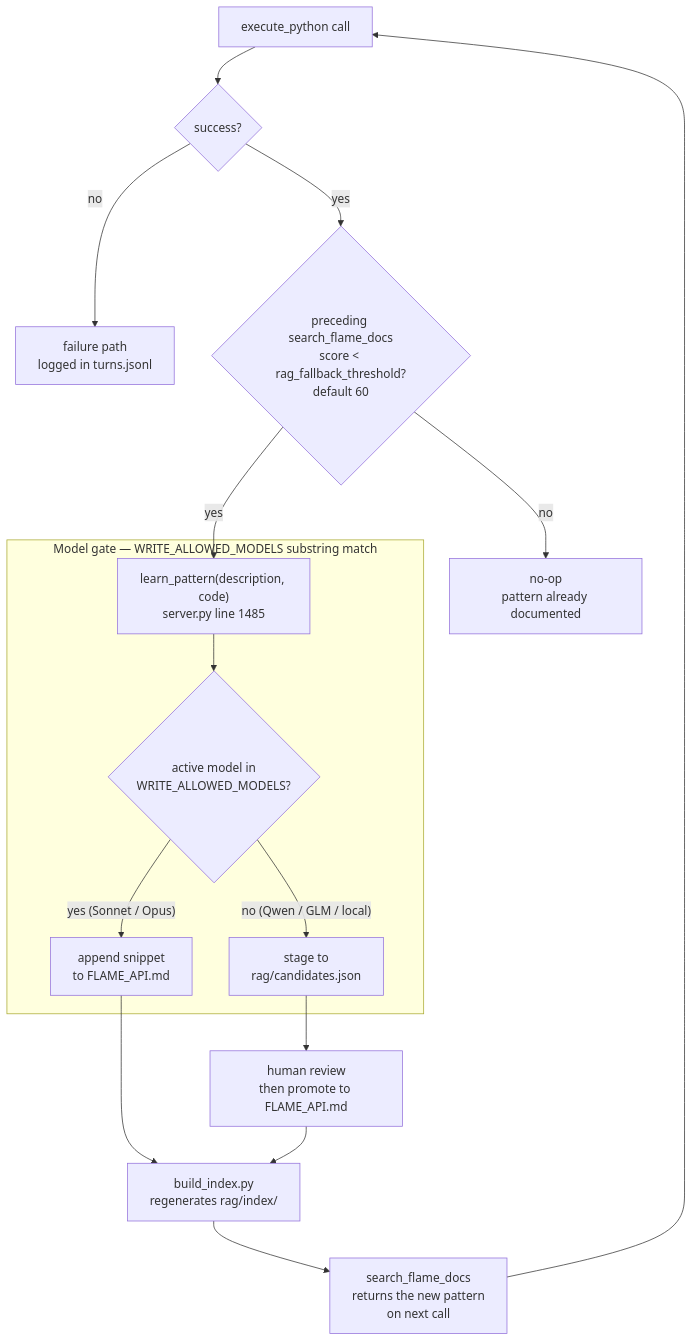
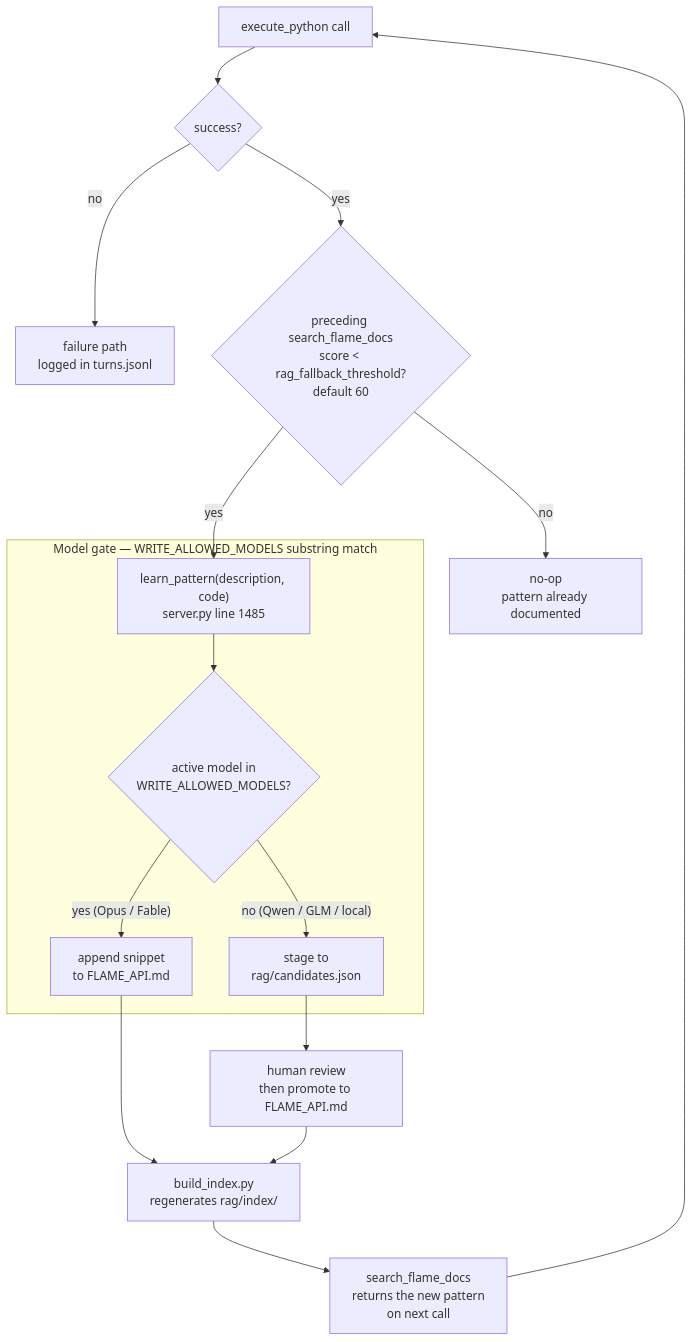
One commit to abrahamADSK/flame-mcp changed the fifth of 6 diagrams in docs/ARCHITECTURE.md. Above: the diagram before and after it, drawn with Mermaid. The commit also changed other lines of this file and 20 other files, not shown here.

````diff
--- a/docs/ARCHITECTURE.md
+++ b/docs/ARCHITECTURE.md
@@ -673,20 +674,20 @@
 ```mermaid
 flowchart TD
     A[execute_python call] --> B{success?}
     B -- no --> Z[failure path<br/>logged in turns.jsonl]
     B -- yes --> C{preceding search_flame_docs<br/>score < rag_fallback_threshold?<br/>default 60}
     C -- no --> Y[no-op<br/>pattern already documented]
     C -- yes --> D[learn_pattern&lpar;description, code&rpar;<br/>server.py line 1485]
 
     subgraph WG[Model gate — WRITE_ALLOWED_MODELS substring match]
         D --> E{active model in<br/>WRITE_ALLOWED_MODELS?}
-        E -- yes&nbsp;&lpar;Sonnet&nbsp;/&nbsp;Opus&rpar; --> F[append snippet<br/>to FLAME_API.md]
+        E -- yes&nbsp;&lpar;Opus&nbsp;/&nbsp;Fable&rpar; --> F[append snippet<br/>to FLAME_API.md]
         E -- no&nbsp;&lpar;Qwen&nbsp;/&nbsp;GLM&nbsp;/&nbsp;local&rpar; --> G[stage to<br/>rag/candidates.json]
     end
 
     F --> H[build_index.py<br/>regenerates rag/index/]
     G --> I[human review<br/>then promote to FLAME_API.md]
     I --> H
     H --> J[search_flame_docs<br/>returns the new pattern<br/>on next call]
     J --> A
 ```
````
